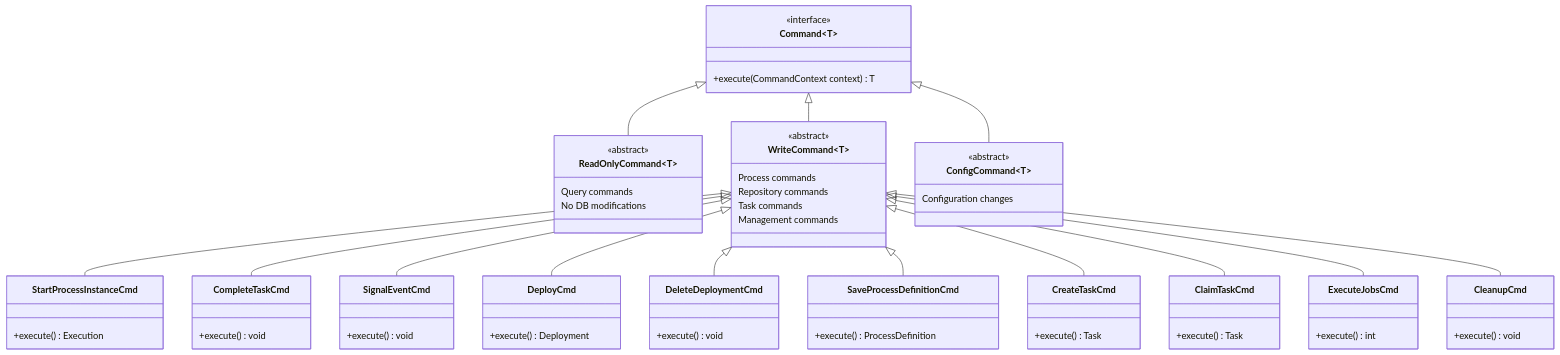
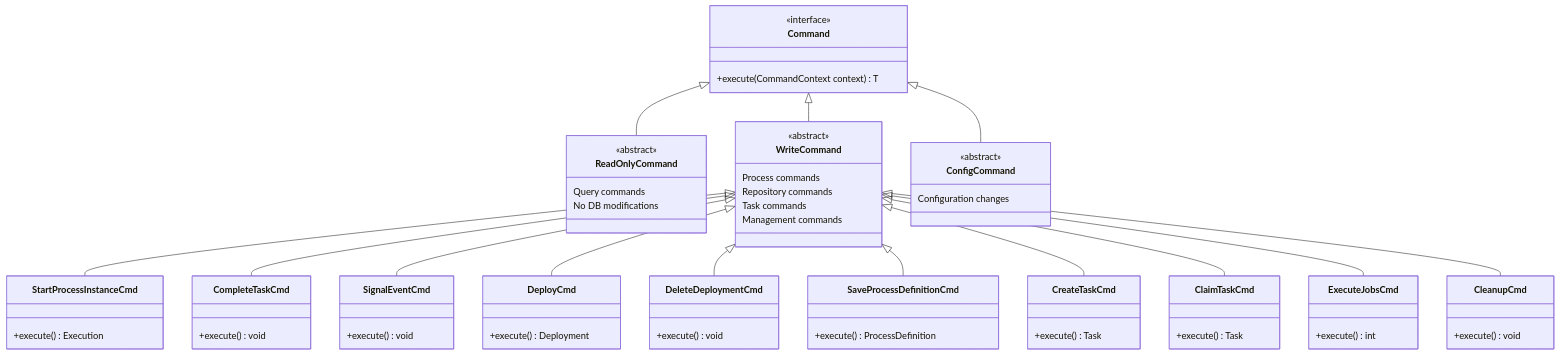
One commit to CaptainGlac1er/activiti-documentation changed the seventh of 10 diagrams in docs/architecture/overview.md. Above: the diagram before and after it, drawn with Mermaid. The commit also changed other lines of this file and 34 other files, not shown here.

````diff
--- a/docs/architecture/overview.md
+++ b/docs/architecture/overview.md
@@ -383,81 +467,81 @@
 ```mermaid
 classDiagram
-    class Command~T~ {
+    class Command {
         <<interface>>
         +execute(CommandContext context) T
     }
     
-    class ReadOnlyCommand~T~ {
+    class ReadOnlyCommand {
         <<abstract>>
         Query commands
         No DB modifications
     }
     
-    class WriteCommand~T~ {
+    class WriteCommand {
         <<abstract>>
         Process commands
         Repository commands
         Task commands
         Management commands
     }
     
-    class ConfigCommand~T~ {
+    class ConfigCommand {
         <<abstract>>
         Configuration changes
     }
     
     class StartProcessInstanceCmd {
         +execute() Execution
     }
     
     class CompleteTaskCmd {
         +execute() void
     }
     
     class SignalEventCmd {
         +execute() void
     }
     
     class DeployCmd {
         +execute() Deployment
     }
     
     class DeleteDeploymentCmd {
         +execute() void
     }
     
     class SaveProcessDefinitionCmd {
         +execute() ProcessDefinition
     }
     
     class CreateTaskCmd {
         +execute() Task
     }
     
     class ClaimTaskCmd {
         +execute() Task
     }
     
     class ExecuteJobsCmd {
         +execute() int
     }
     
     class CleanupCmd {
         +execute() void
     }
     
     Command <|-- ReadOnlyCommand
     Command <|-- WriteCommand
     Command <|-- ConfigCommand
     
     WriteCommand <|-- StartProcessInstanceCmd
     WriteCommand <|-- CompleteTaskCmd
     WriteCommand <|-- SignalEventCmd
     WriteCommand <|-- DeployCmd
     WriteCommand <|-- DeleteDeploymentCmd
     WriteCommand <|-- SaveProcessDefinitionCmd
     WriteCommand <|-- CreateTaskCmd
     WriteCommand <|-- ClaimTaskCmd
     WriteCommand <|-- ExecuteJobsCmd
     WriteCommand <|-- CleanupCmd
 ```
````
